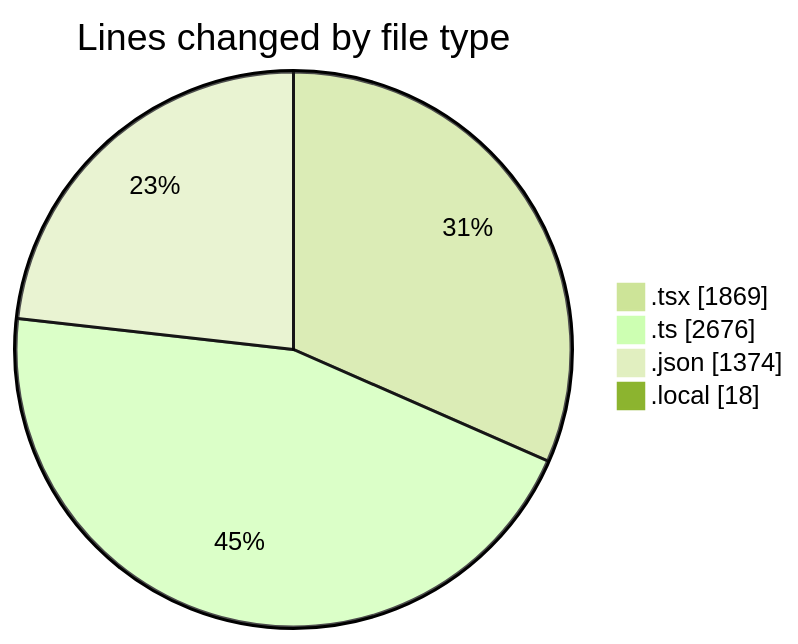
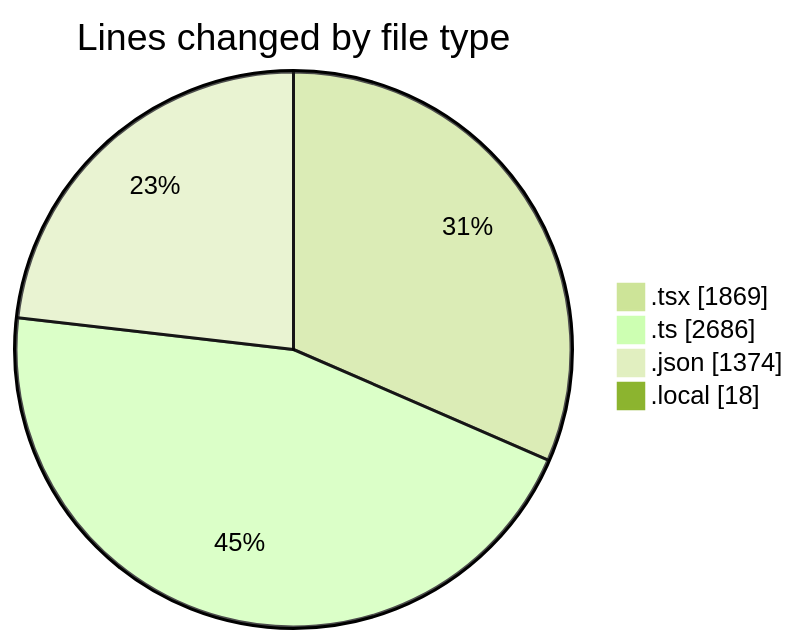
Before and after one commit to julien-gomy/code-tracking: the first of 2 diagrams in 2025-10-16/eventscop-frontend-guide__workspace_/README.md, drawn with Mermaid (forest theme). The commit also changed other lines of this file and 1 other file, not shown here.

````diff
--- a/2025-10-16/eventscop-frontend-guide__workspace_/README.md
+++ b/2025-10-16/eventscop-frontend-guide__workspace_/README.md
@@ -55,8 +55,8 @@
 ```mermaid
 pie showData
 title Lines changed by file type
 ".tsx" : 1869
-".ts" : 2676
+".ts" : 2686
 ".json" : 1374
 ".local" : 18
 ```
````
